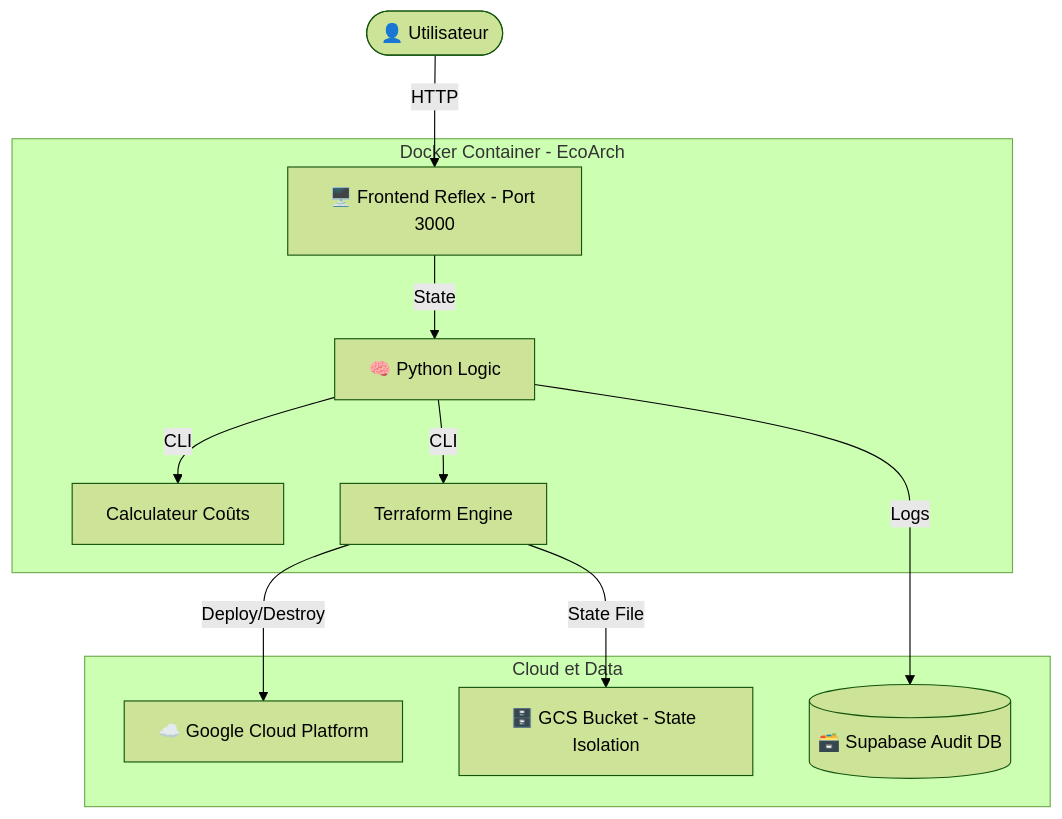
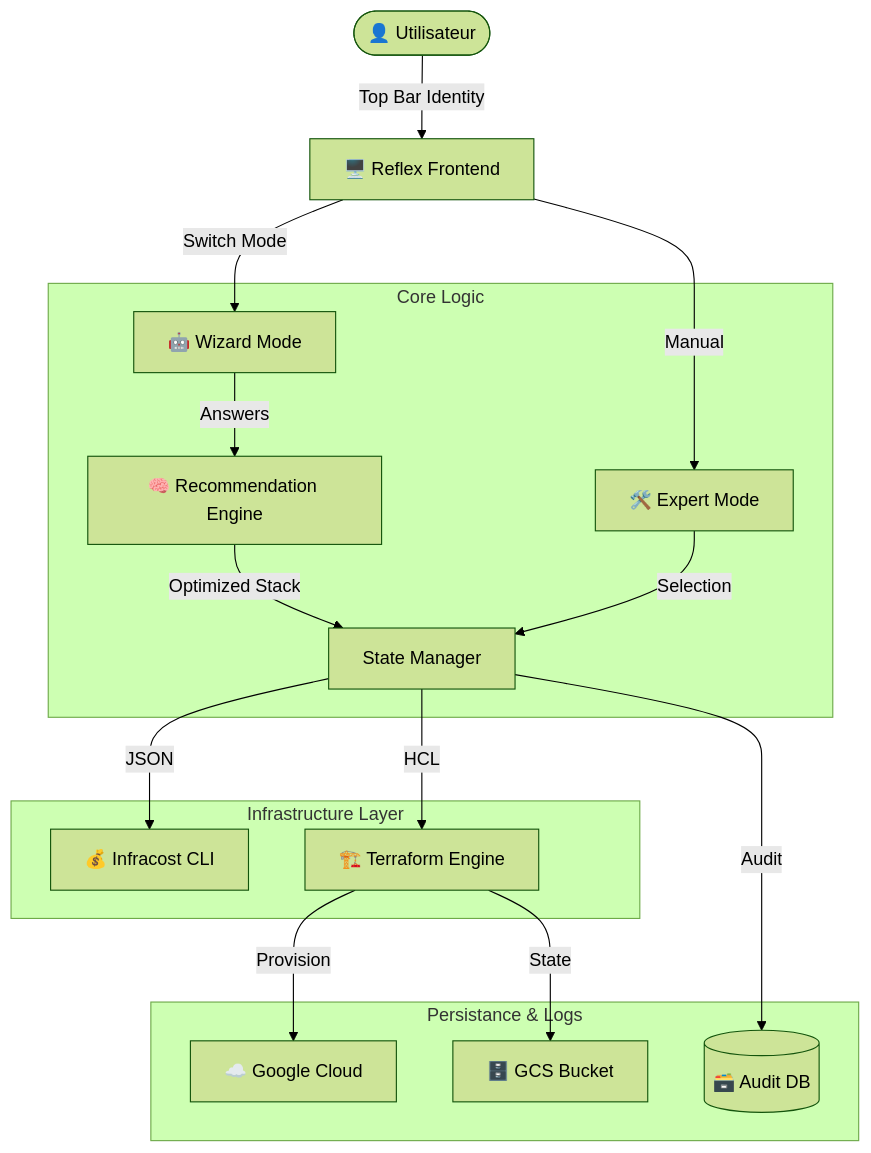
Before and after one commit to HichOps/EcoArch: the diagram in README.md, drawn with Mermaid (forest theme). The commit also changed other lines of this file and 5 other files, not shown here.

Commit message:
Fix: Ajout des fichiers manquants (Root, Src et Frontend logic)

````diff
--- a/README.md
+++ b/README.md
@@ -39,16 +52,24 @@
 ```mermaid
 graph TD
-    User([👤 Utilisateur]) -->|HTTP| Reflex[🖥️ Frontend Reflex - Port 3000]
+    User([👤 Utilisateur]) -->|Top Bar Identity| UI[🖥️ Reflex Frontend]
+    UI -->|Switch Mode| Assistant[🤖 Wizard Mode]
+    UI -->|Manual| Expert[🛠️ Expert Mode]
     
-    subgraph DockerContainer[Docker Container - EcoArch]
-        Reflex -->|State| Backend[🧠 Python Logic]
-        Backend -->|CLI| Infracost[Calculateur Coûts]
-        Backend -->|CLI| Terraform[Terraform Engine]
+    subgraph "Core Logic"
+        Assistant -->|Answers| RecEngine[🧠 Recommendation Engine]
+        RecEngine -->|Optimized Stack| State[State Manager]
+        Expert -->|Selection| State
     end
     
-    subgraph CloudData[Cloud et Data]
-        Terraform -->|Deploy/Destroy| GCP[☁️ Google Cloud Platform]
-        Terraform -->|State File| GCS[🗄️ GCS Bucket - State Isolation]
-        Backend -->|Logs| Supabase[(🗃️ Supabase Audit DB)]
+    subgraph "Infrastructure Layer"
+        State -->|JSON| Infracost[💰 Infracost CLI]
+        State -->|HCL| Terraform[🏗️ Terraform Engine]
     end
+    
+    subgraph "Persistance & Logs"
+        Terraform -->|Provision| GCP[☁️ Google Cloud]
+        Terraform -->|State| GCS[🗄️ GCS Bucket]
+        State -->|Audit| Supabase[(🗃️ Audit DB)]
+    end
+
 ```
````
